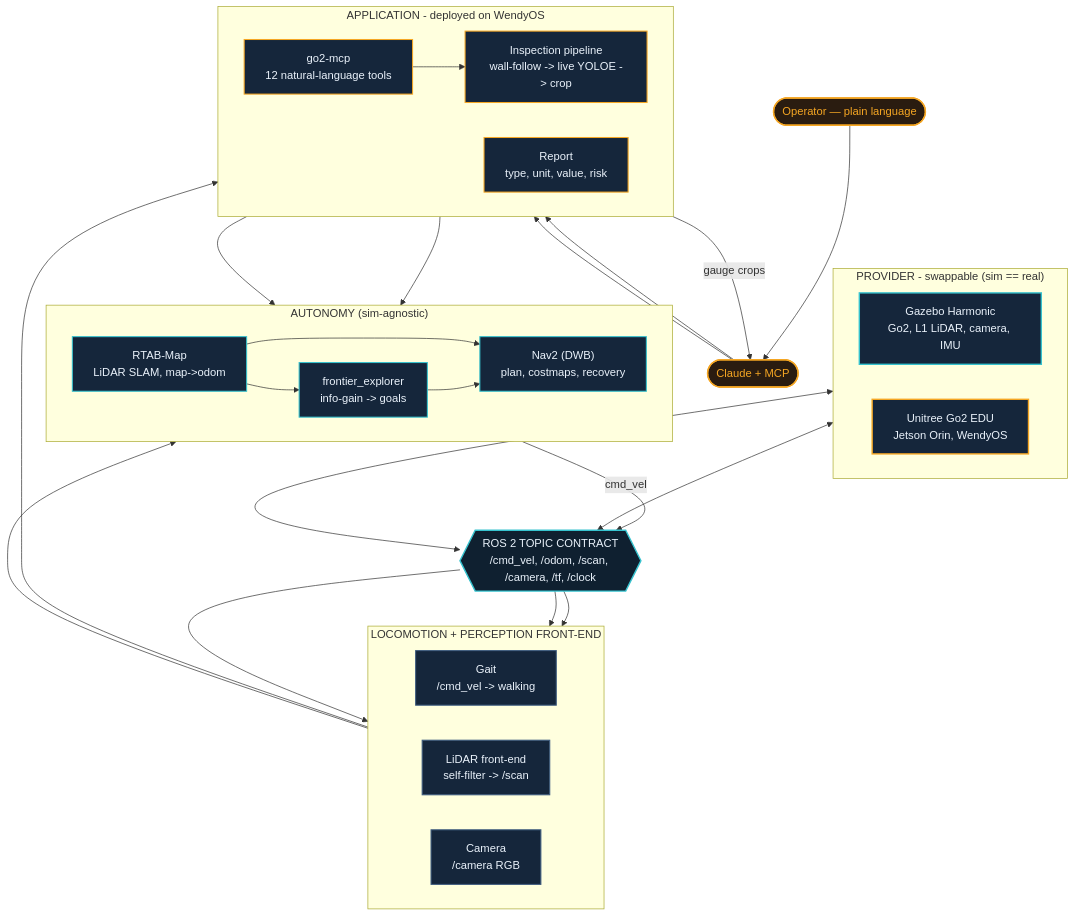
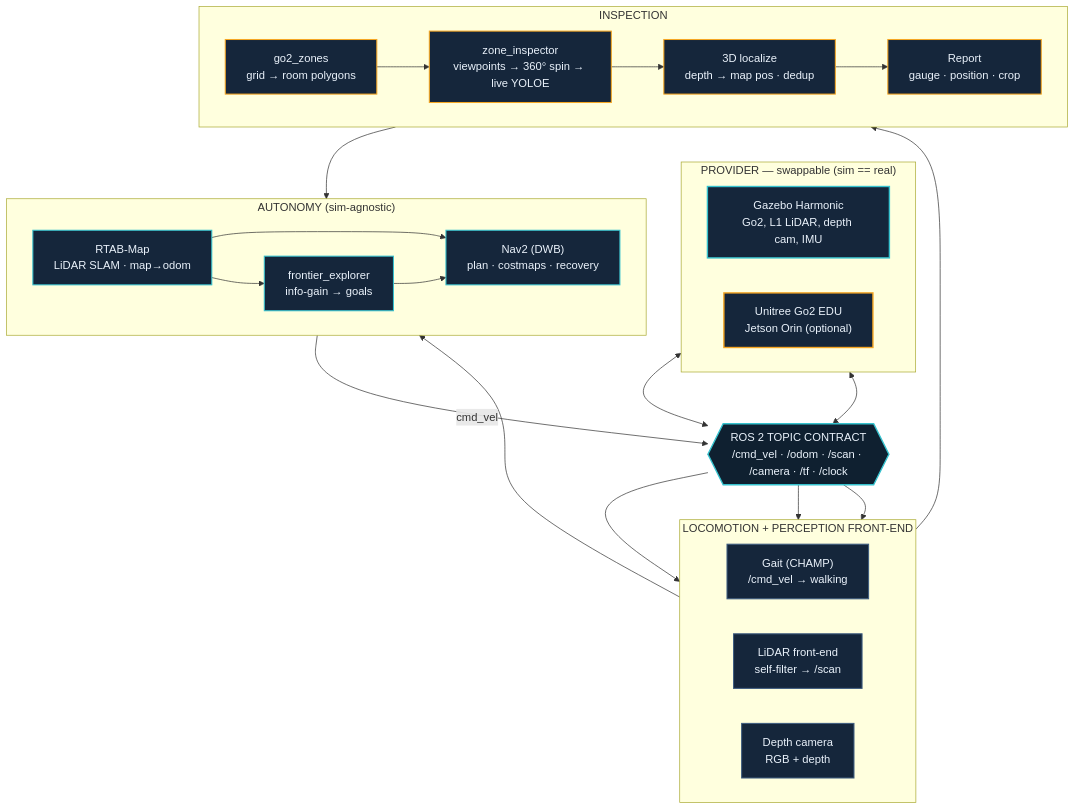
Before and after one commit to Manas-arumalla/autonomous-go2-inspection: the diagram in README.md, drawn with Mermaid. The commit also changed other lines of this file and 85 other files, not shown here.

````diff
--- a/README.md
+++ b/README.md
@@ -35,60 +93,51 @@
 ```mermaid
 flowchart TD
     classDef sim  fill:#15263b,stroke:#36C2CE,stroke-width:2px,color:#eaf2fb
     classDef real fill:#15263b,stroke:#F5A623,stroke-width:2px,color:#eaf2fb
     classDef bus  fill:#0f2030,stroke:#36C2CE,stroke-width:2px,color:#eaf2fb
     classDef auto fill:#15263b,stroke:#36C2CE,stroke-width:1.5px,color:#eaf2fb
     classDef node fill:#15263b,stroke:#3f5d80,stroke-width:1.5px,color:#eaf2fb
     classDef app  fill:#15263b,stroke:#F5A623,stroke-width:1.5px,color:#eaf2fb
-    classDef ai   fill:#2a1c10,stroke:#F5A623,stroke-width:2px,color:#F5A623
 
-    OP(["Operator — plain language"]):::ai
-    CLAUDE(["Claude + MCP"]):::ai
-
-    subgraph PROVIDER["PROVIDER - swappable (sim == real)"]
+    subgraph PROVIDER["PROVIDER — swappable (sim == real)"]
         direction LR
-        GZ["Gazebo Harmonic<br/>Go2, L1 LiDAR, camera, IMU"]:::sim
-        GO2["Unitree Go2 EDU<br/>Jetson Orin, WendyOS"]:::real
+        GZ["Gazebo Harmonic<br/>Go2, L1 LiDAR, depth cam, IMU"]:::sim
+        GO2["Unitree Go2 EDU<br/>Jetson Orin (optional)"]:::real
     end
 
-    BUS{{"ROS 2 TOPIC CONTRACT<br/>/cmd_vel, /odom, /scan, /camera, /tf, /clock"}}:::bus
+    BUS{{"ROS 2 TOPIC CONTRACT<br/>/cmd_vel · /odom · /scan · /camera · /tf · /clock"}}:::bus
 
     subgraph FE["LOCOMOTION + PERCEPTION FRONT-END"]
         direction LR
-        GAIT["Gait<br/>/cmd_vel -> walking"]:::node
-        L2S["LiDAR front-end<br/>self-filter -> /scan"]:::node
-        CAM["Camera<br/>/camera RGB"]:::node
+        GAIT["Gait (CHAMP)<br/>/cmd_vel → walking"]:::node
+        L2S["LiDAR front-end<br/>self-filter → /scan"]:::node
+        CAM["Depth camera<br/>RGB + depth"]:::node
     end
 
     subgraph AUTO["AUTONOMY (sim-agnostic)"]
         direction LR
-        RT["RTAB-Map<br/>LiDAR SLAM, map->odom"]:::auto
-        NAV["Nav2 (DWB)<br/>plan, costmaps, recovery"]:::auto
-        FR["frontier_explorer<br/>info-gain -> goals"]:::auto
+        RT["RTAB-Map<br/>LiDAR SLAM · map→odom"]:::auto
+        NAV["Nav2 (DWB)<br/>plan · costmaps · recovery"]:::auto
+        FR["frontier_explorer<br/>info-gain → goals"]:::auto
     end
 
-    subgraph APP["APPLICATION - deployed on WendyOS"]
+    subgraph APP["INSPECTION"]
         direction LR
-        MCP["go2-mcp<br/>12 natural-language tools"]:::app
-        INSP["Inspection pipeline<br/>wall-follow -> live YOLOE -> crop"]:::app
-        REP["Report<br/>type, unit, value, risk"]:::app
+        ZONES["go2_zones<br/>grid → room polygons"]:::app
+        INSP["zone_inspector<br/>viewpoints → 360° spin → live YOLOE"]:::app
+        LOC["3D localize<br/>depth → map pos · dedup"]:::app
+        REP["Report<br/>gauge · position · crop"]:::app
     end
 
-    OP --> CLAUDE --> MCP
     GZ <--> BUS
     GO2 <--> BUS
-    BUS --> GAIT
-    BUS --> L2S
-    BUS --> CAM
+    BUS --> GAIT & L2S & CAM
     L2S --> RT
     CAM --> INSP
-    RT --> NAV
-    RT --> FR
+    RT --> NAV & FR
     FR --> NAV
+    ZONES --> INSP
     INSP --> NAV
+    INSP --> LOC --> REP
     NAV -->|cmd_vel| BUS
-    MCP --> FR
-    MCP --> INSP
-    INSP -->|gauge crops| CLAUDE
-    CLAUDE --> REP
 ```
````
